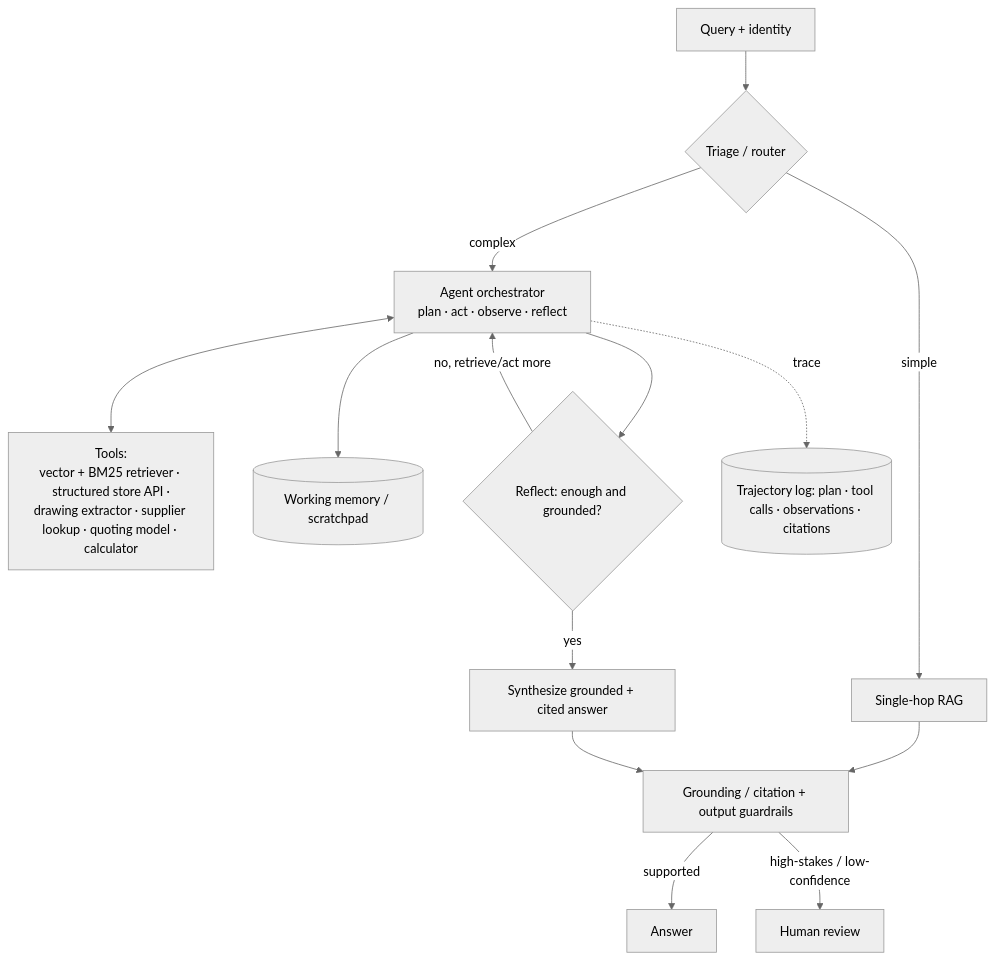
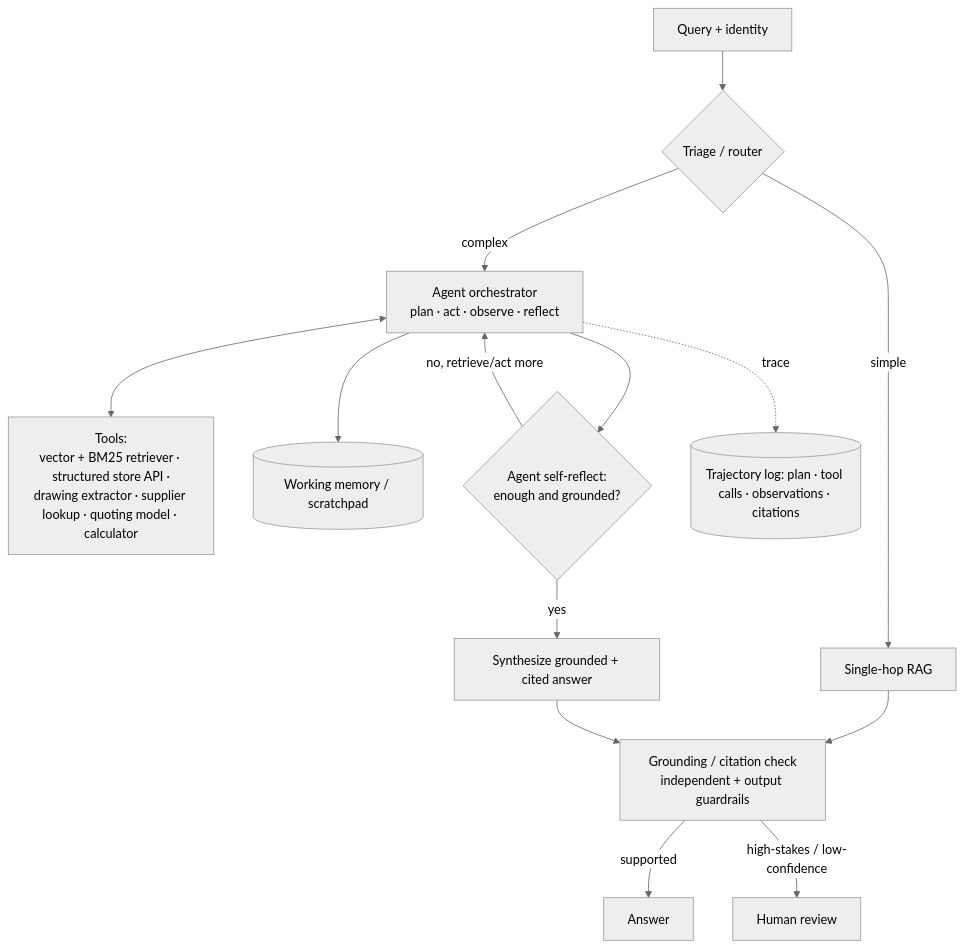
Before and after one commit to prashan/Xometry: the diagram in 6_agentic_rag.md, drawn with Mermaid (neutral theme). The commit also changed other lines of this file and 2 other files, not shown here.

````diff
--- a/6_agentic_rag.md
+++ b/6_agentic_rag.md
@@ -33,16 +34,16 @@
 ```mermaid
 flowchart TD
   Q[Query + identity] --> TRI{Triage / router}
   TRI -->|simple| RAG[Single-hop RAG]
   TRI -->|complex| AG[Agent orchestrator<br/>plan · act · observe · reflect]
   AG <--> TOOLS[Tools:<br/>vector + BM25 retriever · structured store API ·<br/>drawing extractor · supplier lookup · quoting model · calculator]
   AG --> MEM[(Working memory / scratchpad)]
-  AG --> REF{Reflect: enough and grounded?}
+  AG --> REF{Agent self-reflect:<br/>enough and grounded?}
   REF -->|no, retrieve/act more| AG
   REF -->|yes| SYN[Synthesize grounded + cited answer]
-  RAG --> GC[Grounding / citation + output guardrails]
+  RAG --> GC[Grounding / citation check<br/>independent + output guardrails]
   SYN --> GC
   GC -->|supported| ANS[Answer]
   GC -->|high-stakes / low-confidence| HITL[Human review]
   AG -.trace.-> OBS[(Trajectory log: plan · tool calls · observations · citations)]
 ```
````
